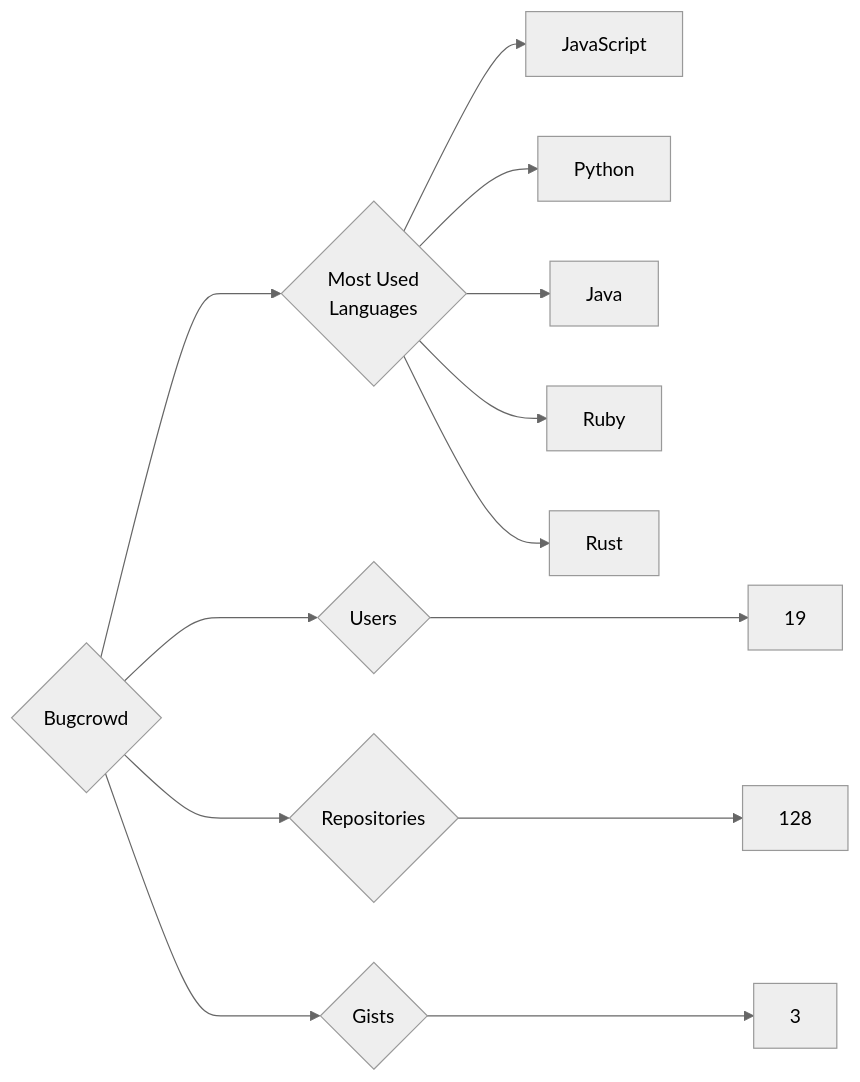
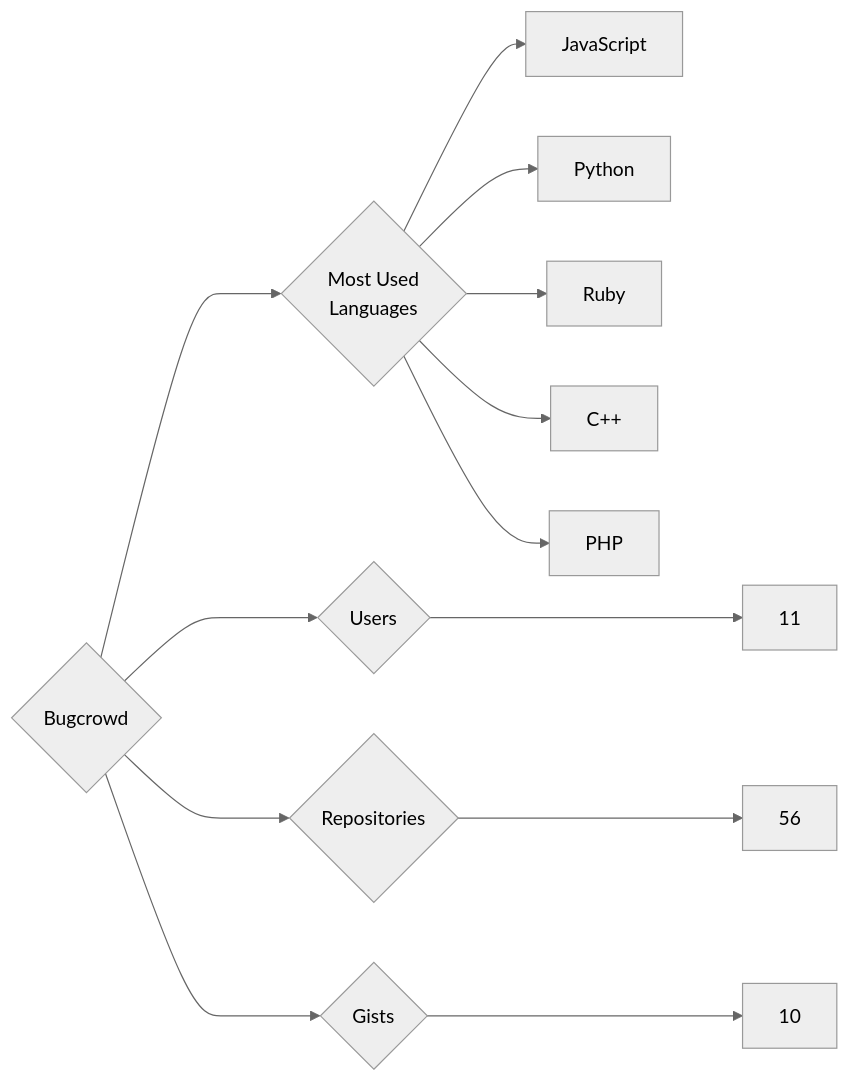
Before and after one commit to trickest/insiders: the diagram in targets/Bugcrowd/README.md, drawn with Mermaid (neutral theme). The commit also changed 1148 other files, not shown here.

````diff
--- a/targets/Bugcrowd/README.md
+++ b/targets/Bugcrowd/README.md
@@ -3,13 +3,13 @@
 ```mermaid
 graph LR
 COMPANY_NAME{Bugcrowd}
-COMPANY_NAME ---> U{Users} ---> UN[19]
-COMPANY_NAME ---> R{Repositories} ---> RN[128]
-COMPANY_NAME ---> G{Gists} ---> GN[3]
+COMPANY_NAME ---> U{Users} ---> UN[11]
+COMPANY_NAME ---> R{Repositories} ---> RN[56]
+COMPANY_NAME ---> G{Gists} ---> GN[10]
 COMPANY_NAME ---> ML{Most Used<br>Languages}
 ML --> JavaScript[JavaScript]
 ML --> Python[Python]
-ML --> Java[Java]
 ML --> Ruby[Ruby]
-ML --> Rust[Rust]
+ML --> C++[C++]
+ML --> PHP[PHP]
 ```
````
